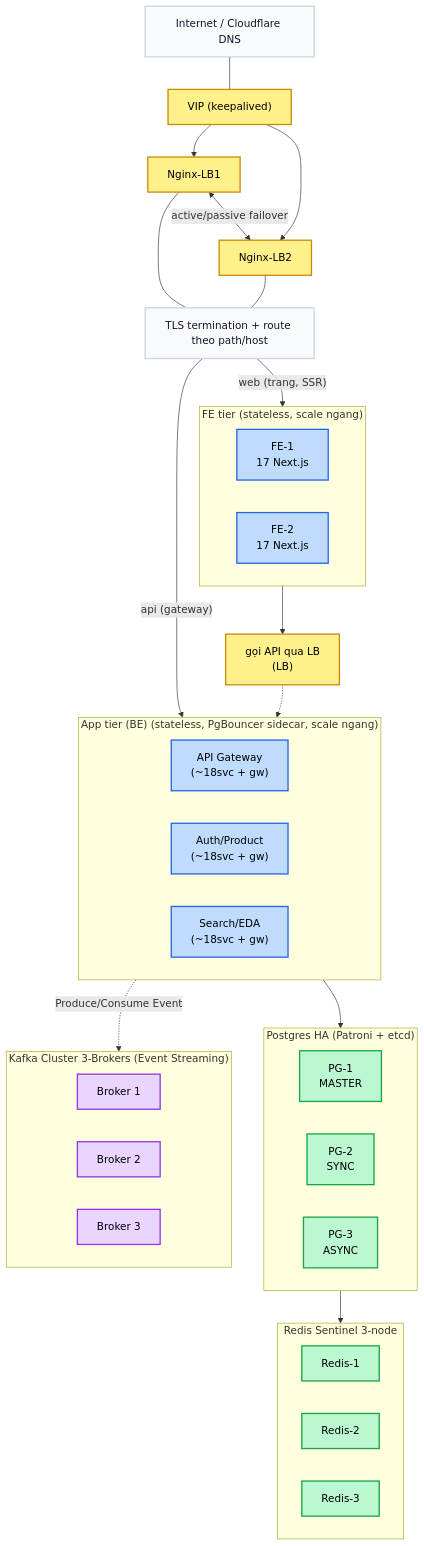
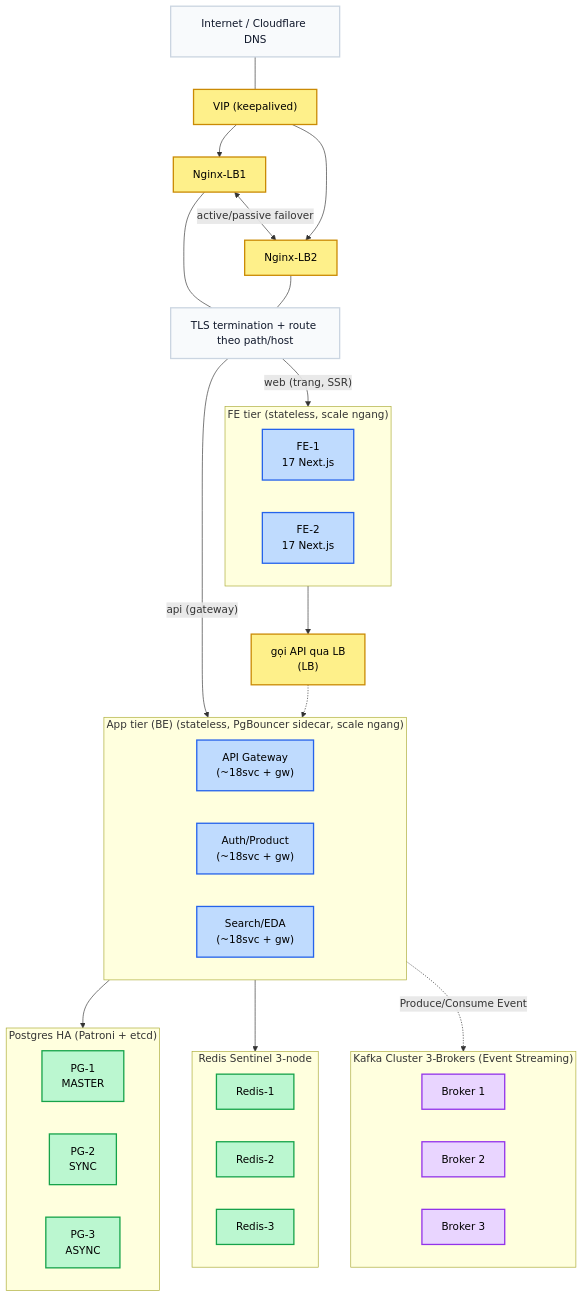
The second of 5 diagrams in shoppee-services.md (Vtvuong93/Mo_Hinh_Services_Shoppee), drawn with Mermaid before and after one commit.

Commit message:
align database clusters horizontally

````diff
--- a/shoppee-services.md
+++ b/shoppee-services.md
@@ -82,63 +82,63 @@
 ```mermaid
 flowchart TB
     classDef client fill:#f8fafc,stroke:#cbd5e1,stroke-width:2px,color:#0f172a;
     classDef lb fill:#fef08a,stroke:#ca8a04,stroke-width:2px,color:#000;
     classDef svc fill:#bfdbfe,stroke:#2563eb,stroke-width:2px,color:#000;
     classDef db fill:#bbf7d0,stroke:#16a34a,stroke-width:2px,color:#000;
     classDef event fill:#e9d5ff,stroke:#9333ea,stroke-width:2px,color:#000;
 
     Internet["Internet / Cloudflare DNS"]:::client
     VIP["VIP (keepalived)"]:::lb
     Internet --- VIP
     
     Nginx1["Nginx-LB1"]:::lb <-- "active/passive failover" --> Nginx2["Nginx-LB2"]:::lb
     VIP --> Nginx1 & Nginx2
     
     TLS["TLS termination + route theo path/host"]:::client
     Nginx1 & Nginx2 --- TLS
     
     subgraph FETier ["FE tier (stateless, scale ngang)"]
         direction LR
         FE1["FE-1\n17 Next.js"]:::svc
         FE2["FE-2\n17 Next.js"]:::svc
     end
     
     subgraph AppTier ["App tier (BE) (stateless, PgBouncer sidecar, scale ngang)"]
         direction LR
         App1["API Gateway\n(~18svc + gw)"]:::svc
         App2["Auth/Product\n(~18svc + gw)"]:::svc
         App3["Search/EDA\n(~18svc + gw)"]:::svc
     end
 
     TLS -->|"web (trang, SSR)"| FETier
     TLS -->|"api (gateway)"| AppTier
 
     InternalLB["gọi API qua LB\n(LB)"]:::lb
     FETier --> InternalLB
     InternalLB -.-> AppTier
 
     subgraph Postgres ["Postgres HA (Patroni + etcd)"]
         direction LR
         PG1["PG-1\nMASTER"]:::db
         PG2["PG-2\nSYNC"]:::db
         PG3["PG-3\nASYNC"]:::db
     end
 
     subgraph Redis ["Redis Sentinel 3-node"]
         direction LR
         R1["Redis-1"]:::db
         R2["Redis-2"]:::db
         R3["Redis-3"]:::db
     end
 
     AppTier --> Postgres
-    Postgres --> Redis
+    AppTier --> Redis
 
     subgraph Kafka ["Kafka Cluster 3-Brokers (Event Streaming)"]
         direction LR
         K1["Broker 1"]:::event
         K2["Broker 2"]:::event
         K3["Broker 3"]:::event
     end
     AppTier -.->|"Produce/Consume Event"| Kafka
 ```
````
